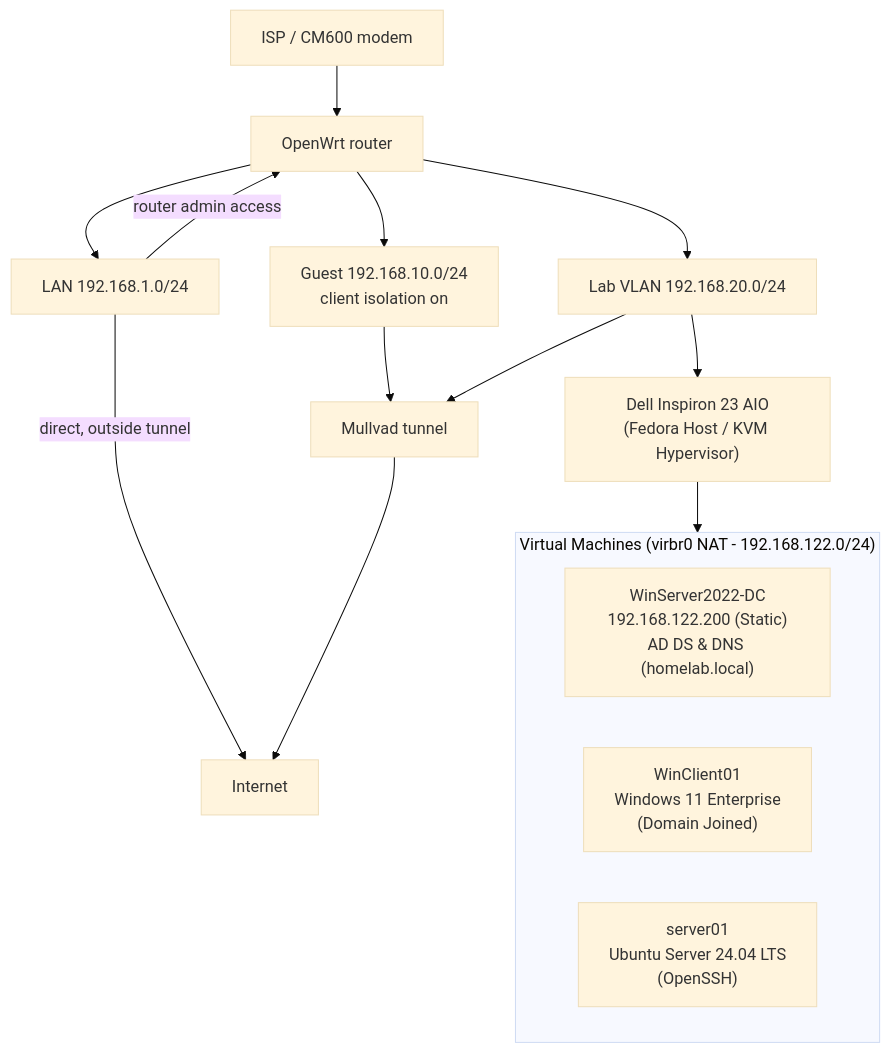
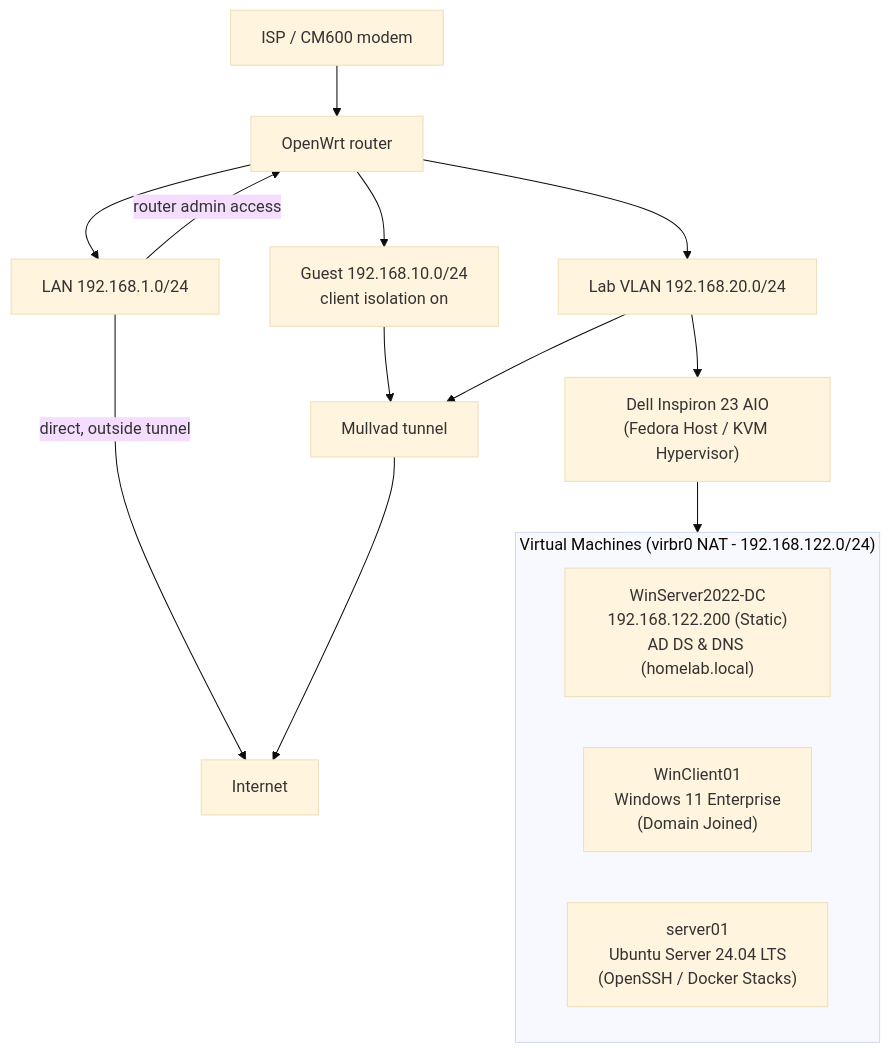
One commit to packet-lab-ops/homelab-docs changed the diagram in README.md. Above: the diagram before and after it, drawn with Mermaid (base theme). The commit also changed other lines of this file, not shown here.

````diff
--- a/README.md
+++ b/README.md
@@ -16,23 +15,23 @@
 ```mermaid
 flowchart TD
   ISP["ISP / CM600 modem"] --> R["OpenWrt router"]
   R --> LAN["LAN 192.168.1.0/24"]
   R --> GUEST["Guest 192.168.10.0/24<br/>client isolation on"]
   R --> LAB_NET["Lab VLAN 192.168.20.0/24"]
 
   LAB_NET --> HOST["Dell Inspiron 23 AIO<br/>(Fedora Host / KVM Hypervisor)"]
   
   subgraph VMS["Virtual Machines (virbr0 NAT - 192.168.122.0/24)"]
     DC["WinServer2022-DC<br/>192.168.122.200 (Static)<br/>AD DS & DNS (homelab.local)"]
     CLIENT["WinClient01<br/>Windows 11 Enterprise<br/>(Domain Joined)"]
-    LINUX["server01<br/>Ubuntu Server 24.04 LTS<br/>(OpenSSH)"]
+    LINUX["server01<br/>Ubuntu Server 24.04 LTS<br/>(OpenSSH / Docker Stacks)"]
   end
 
   HOST --> VMS
 
   LAN -->|"router admin access"| R
   LAN -->|"direct, outside tunnel"| NET["Internet"]
   GUEST --> VPN["Mullvad tunnel"]
   LAB_NET --> VPN
   VPN --> NET
 ```
````
